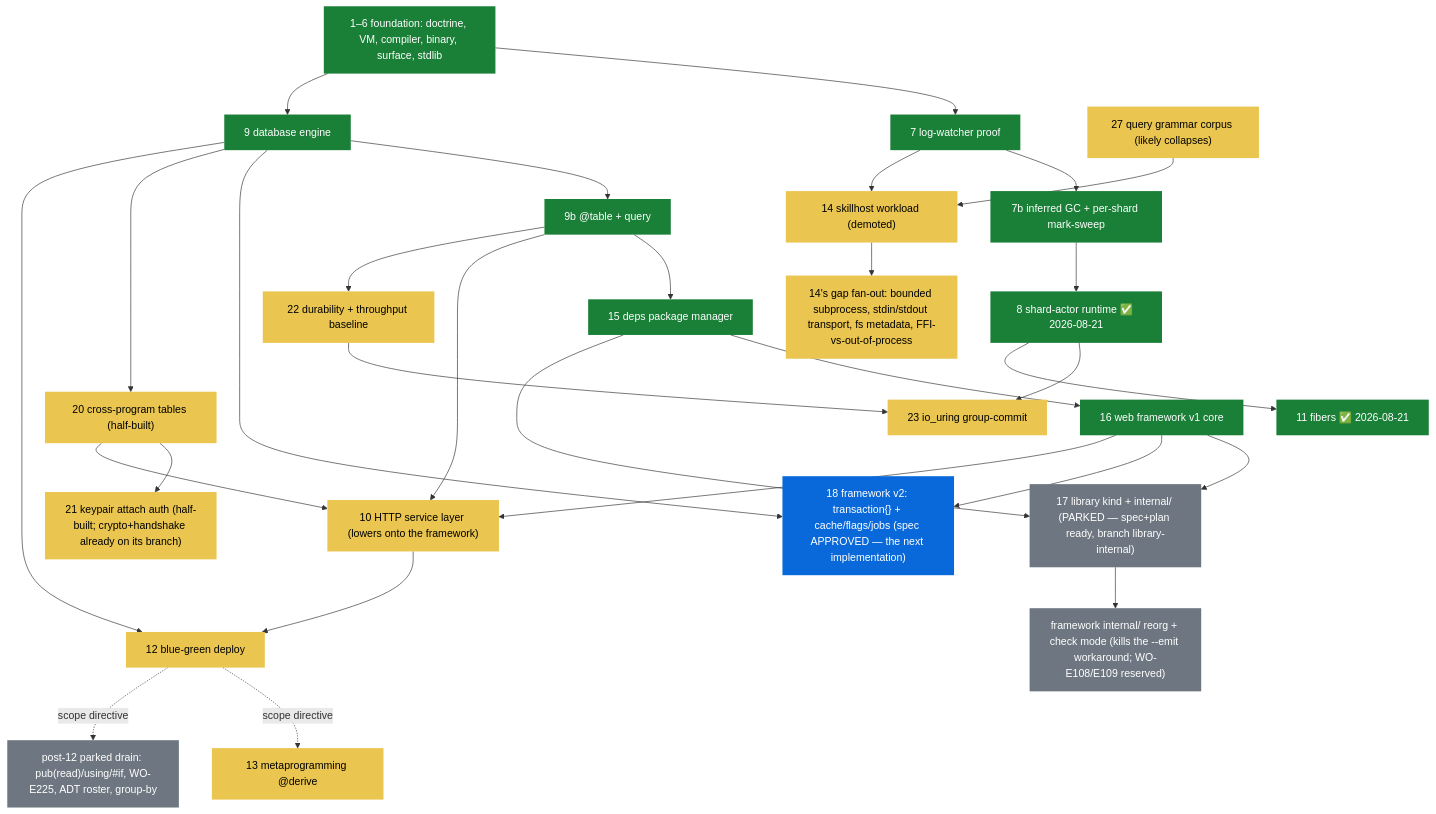
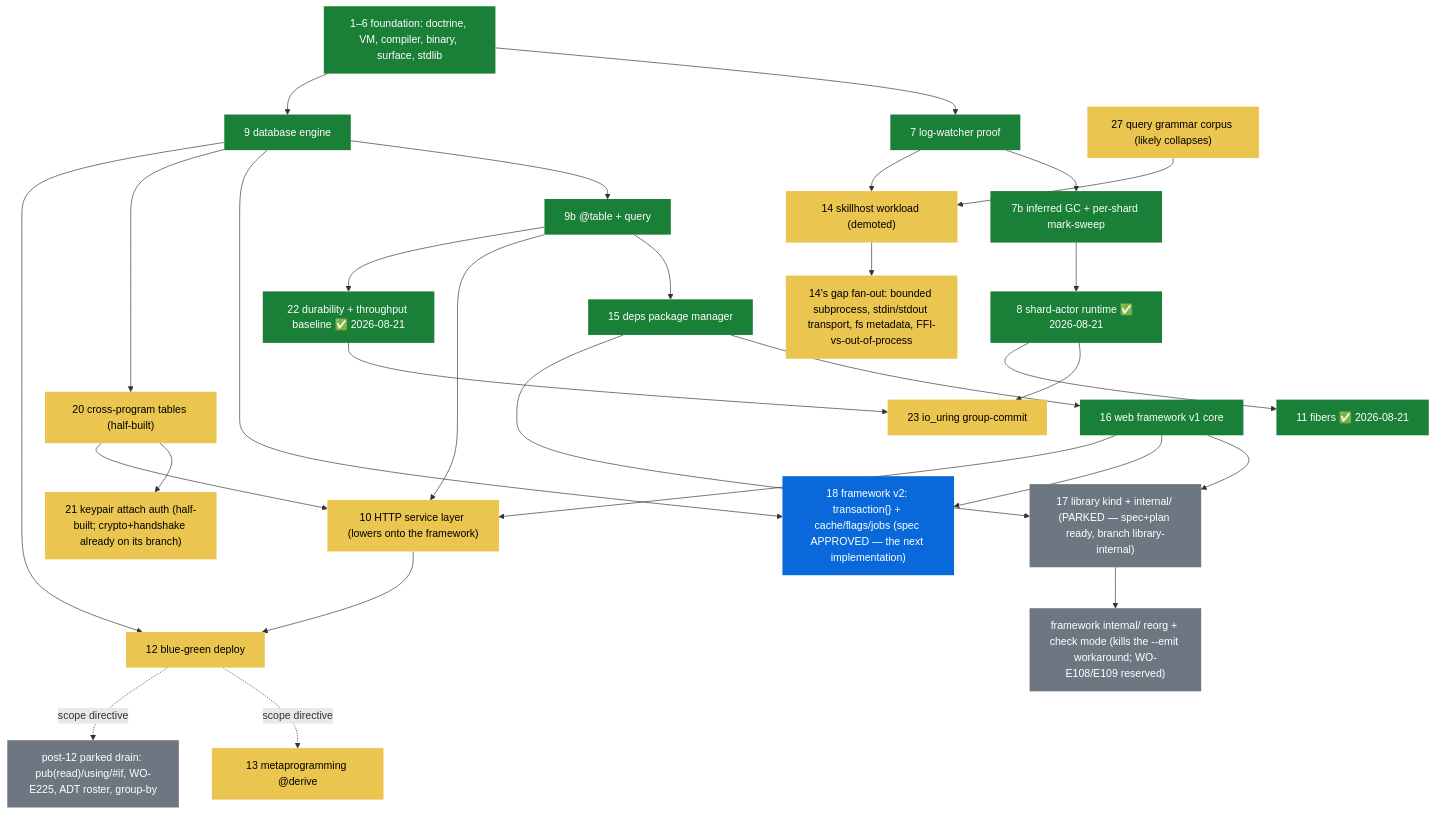
Before and after one commit to shoneyJ/writeonce: the first of 4 diagrams in docs/00-dependency-graph.md, drawn with Mermaid. The commit also changed 9 other files, not shown here.

````diff
--- a/docs/00-dependency-graph.md
+++ b/docs/00-dependency-graph.md
@@ -14,62 +14,62 @@
 ```mermaid
 flowchart TD
     classDef done fill:#1a7f37,color:#fff,stroke:none
     classDef parked fill:#6e7781,color:#fff,stroke:none
     classDef specd fill:#0969da,color:#fff,stroke:none
     classDef open fill:#eac54f,color:#000,stroke:none
 
     FOUND["1–6 foundation: doctrine, VM, compiler, binary, surface, stdlib"]:::done
     I7["7 log-watcher proof"]:::done
     I7b["7b inferred GC + per-shard mark-sweep"]:::done
     I9["9 database engine"]:::done
     I9b["9b @table + query"]:::done
     I15["15 deps package manager"]:::done
     I16["16 web framework v1 core"]:::done
 
     I17["17 library kind + internal/ (PARKED — spec+plan ready, branch library-internal)"]:::parked
     FWREORG["framework internal/ reorg + check mode (kills the --emit workaround; WO-E108/E109 reserved)"]:::parked
     I18["18 framework v2: transaction{} + cache/flags/jobs (spec APPROVED — the next implementation)"]:::specd
 
     I9c["20 cross-program tables (half-built)"]:::open
     I9d["21 keypair attach auth (half-built; crypto+handshake already on its branch)"]:::open
-    I9e["22 durability + throughput baseline"]:::open
+    I9e["22 durability + throughput baseline ✅ 2026-08-21"]:::done
     I8["8 shard-actor runtime ✅ 2026-08-21"]:::done
     I9f["23 io_uring group-commit"]:::open
     I10["10 HTTP service layer (lowers onto the framework)"]:::open
     I11["11 fibers ✅ 2026-08-21"]:::done
     I12["12 blue-green deploy"]:::open
     I13["13 metaprogramming @derive"]:::open
     I14["14 skillhost workload (demoted)"]:::open
     I9g["27 query grammar corpus (likely collapses)"]:::open
     GAPS["14's gap fan-out: bounded subprocess, stdin/stdout transport, fs metadata, FFI-vs-out-of-process"]:::open
     DRAIN["post-12 parked drain: pub(read)/using/#if, WO-E225, ADT roster, group-by"]:::parked
 
     FOUND --> I7
     FOUND --> I9
     I7 --> I7b
     I9 --> I9b
     I9b --> I15
     I15 --> I16
     I15 --> I17
     I16 --> I17
     I17 --> FWREORG
     I9 --> I18
     I16 --> I18
     I9 --> I9c
     I9c --> I9d
     I9c --> I10
     I9b --> I10
     I16 --> I10
     I9b --> I9e
     I7b --> I8
     I9e --> I9f
     I8 --> I9f
     I8 --> I11
     I9 --> I12
     I10 --> I12
     I9g --> I14
     I7 --> I14
     I14 --> GAPS
     I12 -.scope directive.-> I13
     I12 -.scope directive.-> DRAIN
 ```
````
